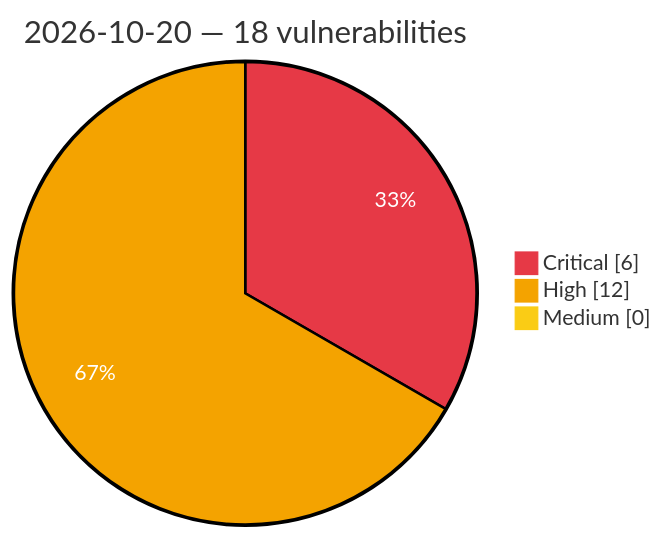
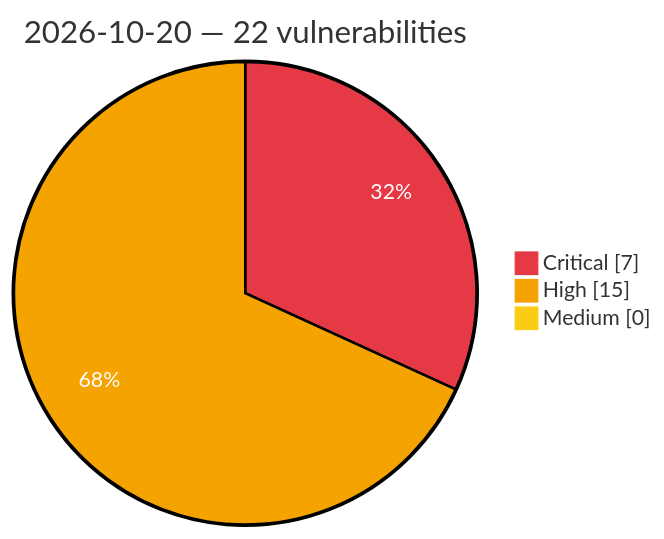
One commit to GhostX0X/vuln-tracker changed the diagram in vulnerabilities/2026/October/2026-10-20.md. Above: the diagram before and after it, drawn with Mermaid. The commit also changed other lines of this file and 5 other files, not shown here.

Commit message:
Auto update: critical/high vulns (2026-10-20 07:31 UTC)

````diff
--- a/vulnerabilities/2026/October/2026-10-20.md
+++ b/vulnerabilities/2026/October/2026-10-20.md
@@ -3,8 +3,8 @@
 ```mermaid
 %%{init: {'theme':'base', 'themeVariables': {'pie1':'#e63946', 'pie2':'#f4a300', 'pie3':'#facc15', 'pieOpacity':'1', 'pieOuterStrokeWidth':'2px', 'pieSectionTextColor':'#ffffff'}}}%%
 pie showData
-    title 2026-10-20 — 18 vulnerabilities
-    "Critical" : 6
-    "High" : 12
+    title 2026-10-20 — 22 vulnerabilities
+    "Critical" : 7
+    "High" : 15
     "Medium" : 0
 ```
````
